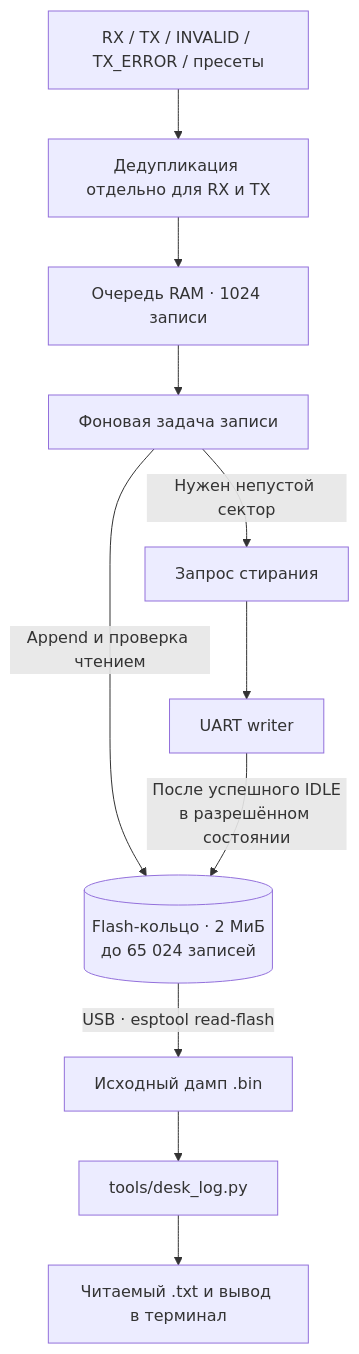
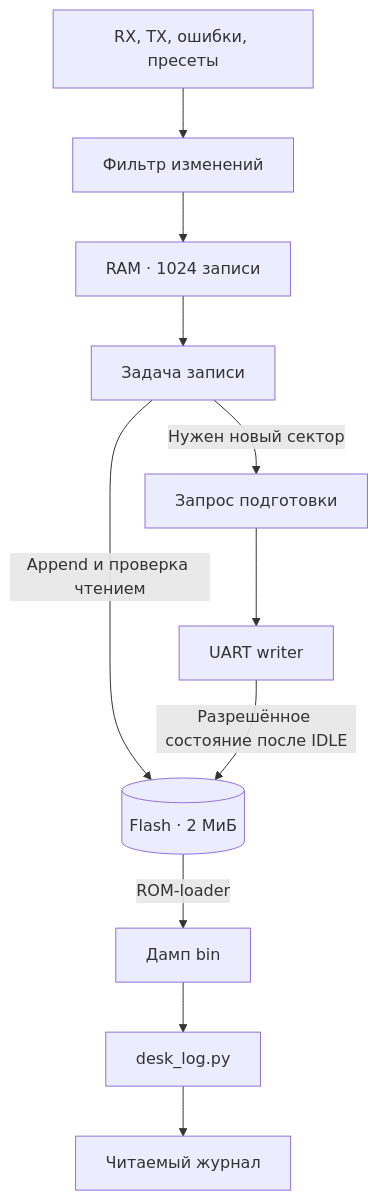
One commit to tri6odin/smart_desk changed the fourth of 4 diagrams in docs/architecture.md. Above: the diagram before and after it, drawn with Mermaid. The commit also changed other lines of this file and 20 other files, not shown here.

````diff
--- a/docs/architecture.md
+++ b/docs/architecture.md
@@ -135,13 +139,13 @@
 ```mermaid
 flowchart TD
-    Events["RX / TX / INVALID / TX_ERROR / пресеты"] --> Dedup["Дедупликация отдельно для RX и TX"]
-    Dedup --> Queue["Очередь RAM · 1024 записи"]
-    Queue --> Worker["Фоновая задача записи"]
-    Worker -->|"Append и проверка чтением"| Flash[("Flash-кольцо · 2 МиБ<br/>до 65 024 записей")]
-    Worker -->|"Нужен непустой сектор"| Erase["Запрос стирания"]
-    Erase --> Writer["UART writer"]
-    Writer -->|"После успешного IDLE<br/>в разрешённом состоянии"| Flash
-    Flash -->|"USB · esptool read-flash"| Dump["Исходный дамп .bin"]
-    Dump --> Decode["tools/desk_log.py"]
-    Decode --> Text["Читаемый .txt и вывод в терминал"]
+    Events["RX, TX, ошибки, пресеты"] --> Filter["Фильтр изменений"]
+    Filter --> Queue["RAM · 1024 записи"]
+    Queue --> Worker["Задача записи"]
+    Worker -->|"Append и проверка чтением"| Flash[("Flash · 2 МиБ")]
+    Worker -->|"Нужен новый сектор"| Request["Запрос подготовки"]
+    Request --> Writer["UART writer"]
+    Writer -->|"Разрешённое состояние после IDLE"| Flash
+    Flash -->|"ROM-loader"| Dump["Дамп bin"]
+    Dump --> Decoder["desk_log.py"]
+    Decoder --> Text["Читаемый журнал"]
 ```
````
